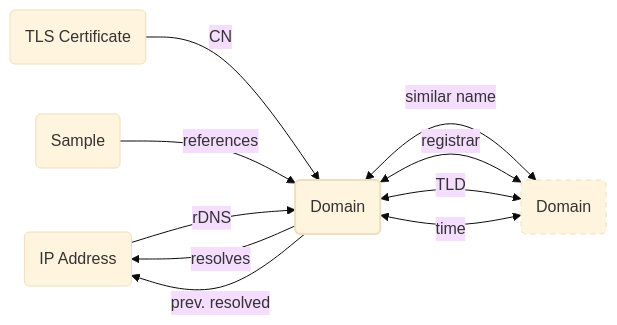
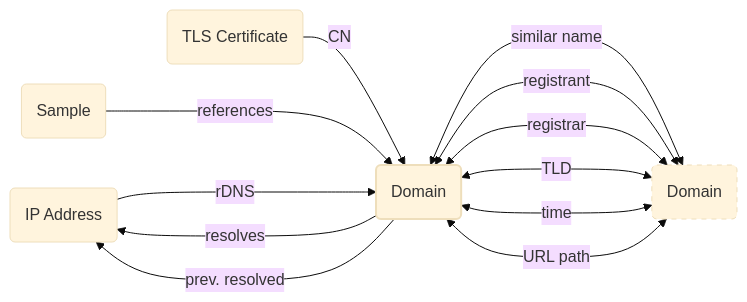
The diagram in docs/artifacts/domain.md (korniko98/pivot-atlas), drawn with Mermaid (base theme) before and after one commit. The commit also changed other lines of this file and 8 other files, not shown here.

````diff
--- a/docs/artifacts/domain.md
+++ b/docs/artifacts/domain.md
@@ -29,29 +29,31 @@
 	```mermaid
 	flowchart LR
 		classDef primary stroke-width: 2px
 		classDef secondary stroke-dasharray: 5 5
 		
 		%% define nodes
 		IP_ADDRESS(IP Address)
 		DOMAIN(Domain):::primary
 		DOMAIN_(Domain):::secondary
 		TLS_CERT(TLS Certificate)
 		SAMPLE(Sample)
 		
 		%% define edges
 		DOMAIN -- resolves --> IP_ADDRESS
-		IP_ADDRESS -- rDNS --> DOMAIN
+		IP_ADDRESS -- rDNS ---> DOMAIN
 		DOMAIN -- prev. resolved --> IP_ADDRESS
 		TLS_CERT -- CN --> DOMAIN
-		DOMAIN <-- similar name --> DOMAIN_
+		DOMAIN <-- similar name ---> DOMAIN_
+		DOMAIN <-- registrant ---> DOMAIN_
 		DOMAIN <-- registrar --> DOMAIN_
 		DOMAIN <-- TLD --> DOMAIN_
 		DOMAIN <-- time --> DOMAIN_
-		SAMPLE -- references --> DOMAIN
+		DOMAIN <-- URL path --> DOMAIN_
+		SAMPLE -- references ---> DOMAIN
 		
 		%% define links
 		click IP_ADDRESS "#ip-addresses"
 		click DOMAIN_ "#domains"
 		click SAMPLE "#samples"
 		click TLS_CERT "#tls-certificate"
 	```
````
